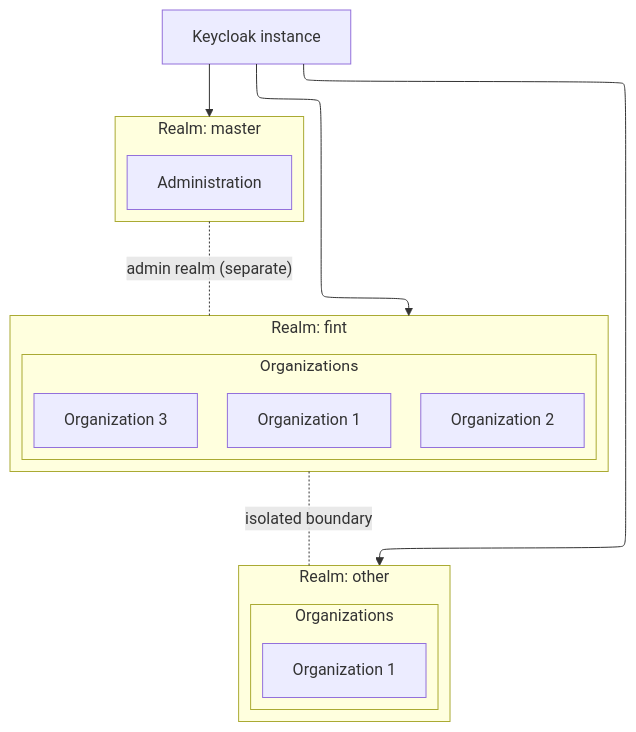
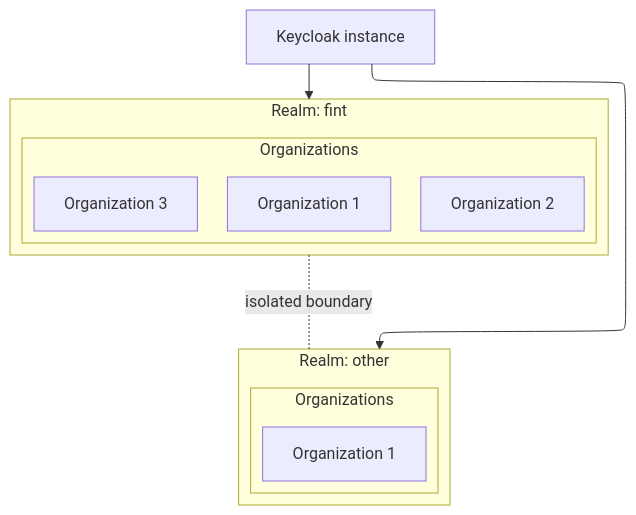
The diagram in docs/concepts/realms.md (FINTLabs/flais-keycloak), drawn with Mermaid before and after one commit. The commit also changed other lines of this file and 3 other files, not shown here.

````diff
--- a/docs/concepts/realms.md
+++ b/docs/concepts/realms.md
@@ -28,34 +28,29 @@
 ```mermaid
 ---
 config:
     flowchart:
         defaultRenderer: elk
 ---
 flowchart TD
   KC[Keycloak instance]
 
-  KC --> master[Realm: master]
   KC --> fint[Realm: fint]
   KC --> other[Realm: other]
 
-  subgraph master[Realm: master]
-    admin[Administration]
-  end
 
   subgraph fint[Realm: fint]
     subgraph fint_orgs[Organizations]
       fint_org1[Organization 1]
       fint_org2[Organization 2]
       fint_org3[Organization 3]
     end
   end
 
   subgraph other[Realm: other]
     subgraph other_orgs[Organizations]
       other_org1[Organization 1]
     end
   end
 
   fint -. "isolated boundary" .- other
-  master -. "admin realm (separate)" .- fint
 ```
````
